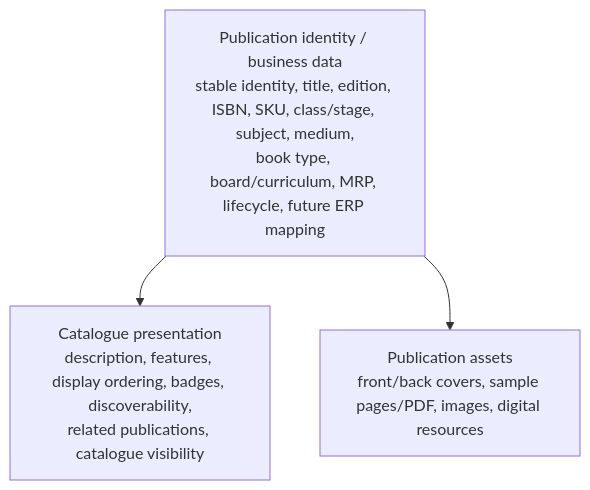
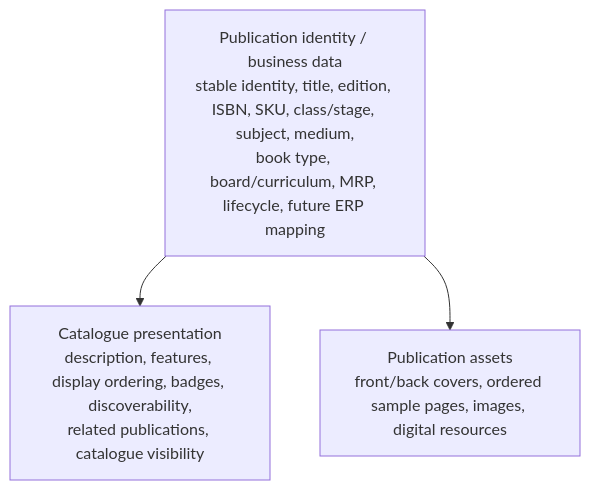
One commit to cpcbooks/digital-catalogue changed the third of 5 diagrams in docs/02-system-architecture.md. Above: the diagram before and after it, drawn with Mermaid. The commit also changed other lines of this file and 11 other files, not shown here.

````diff
--- a/docs/02-system-architecture.md
+++ b/docs/02-system-architecture.md
@@ -136,8 +136,8 @@
 ```mermaid
 flowchart TB
   I[Publication identity / business data\nstable identity, title, edition, ISBN, SKU, class/stage, subject, medium,\nbook type, board/curriculum, MRP, lifecycle, future ERP mapping]
   P[Catalogue presentation\ndescription, features, display ordering, badges, discoverability,\nrelated publications, catalogue visibility]
-  A[Publication assets\nfront/back covers, sample pages/PDF, images, digital resources]
+  A[Publication assets\nfront/back covers, ordered sample pages, images, digital resources]
   I --> P
   I --> A
 ```
````
